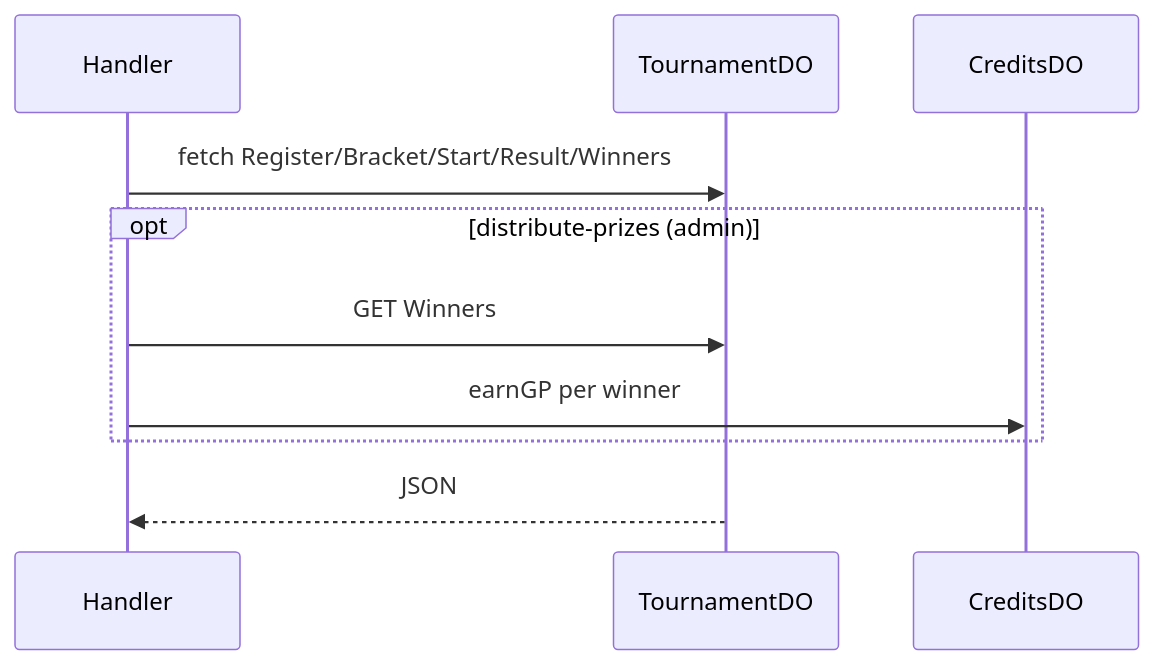
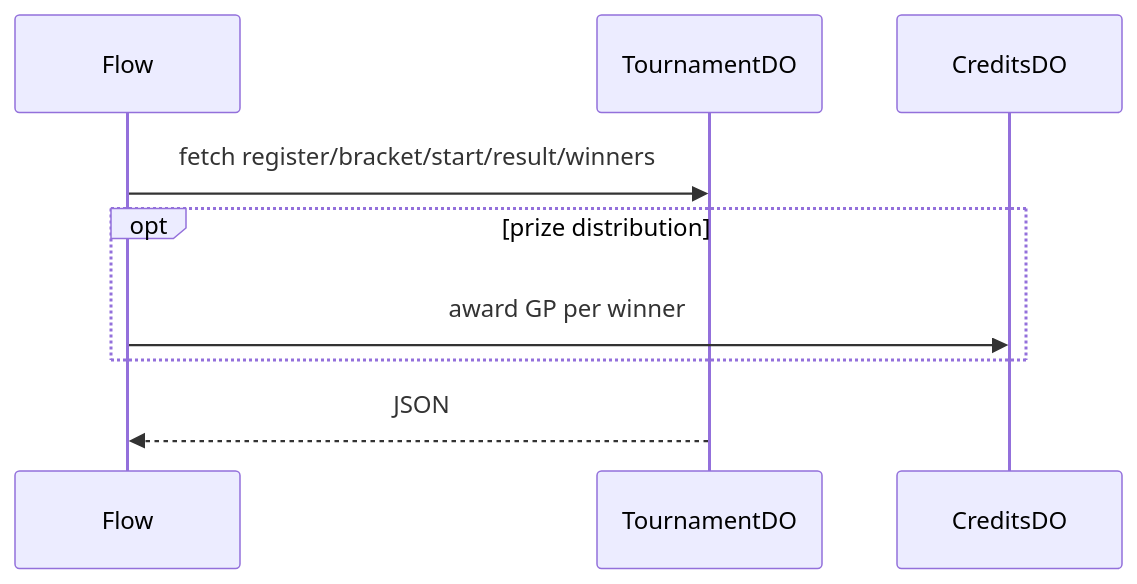
Before and after one commit to ocentra/ocentra-games: the diagram in infra/cloudflare/docs/durable-objects/TournamentDO.md, drawn with Mermaid. The commit also changed other lines of this file and 35 other files, not shown here.

````diff
--- a/infra/cloudflare/docs/durable-objects/TournamentDO.md
+++ b/infra/cloudflare/docs/durable-objects/TournamentDO.md
@@ -17,12 +17,11 @@
 ```mermaid
 sequenceDiagram
-  participant Handler
+  participant Flow
   participant TournamentDO
   participant CreditsDO
-  Handler->>TournamentDO: fetch Register/Bracket/Start/Result/Winners
-  opt distribute-prizes (admin)
-    Handler->>TournamentDO: GET Winners
-    Handler->>CreditsDO: earnGP per winner
+  Flow->>TournamentDO: fetch register/bracket/start/result/winners
+  opt prize distribution
+    Flow->>CreditsDO: award GP per winner
   end
-  TournamentDO-->>Handler: JSON
+  TournamentDO-->>Flow: JSON
 ```
````
